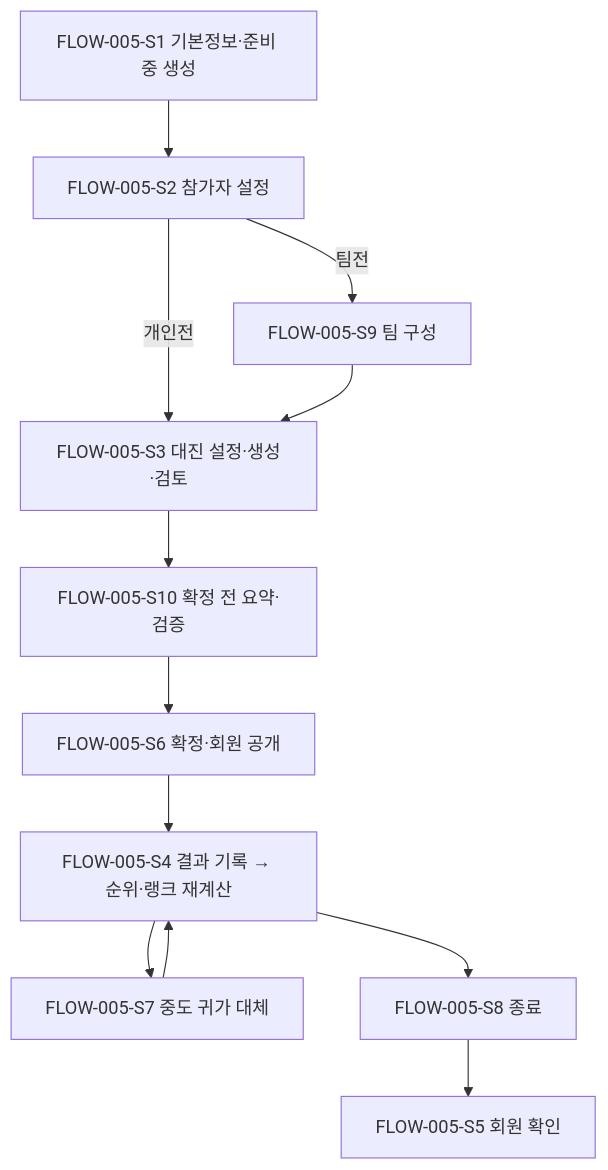
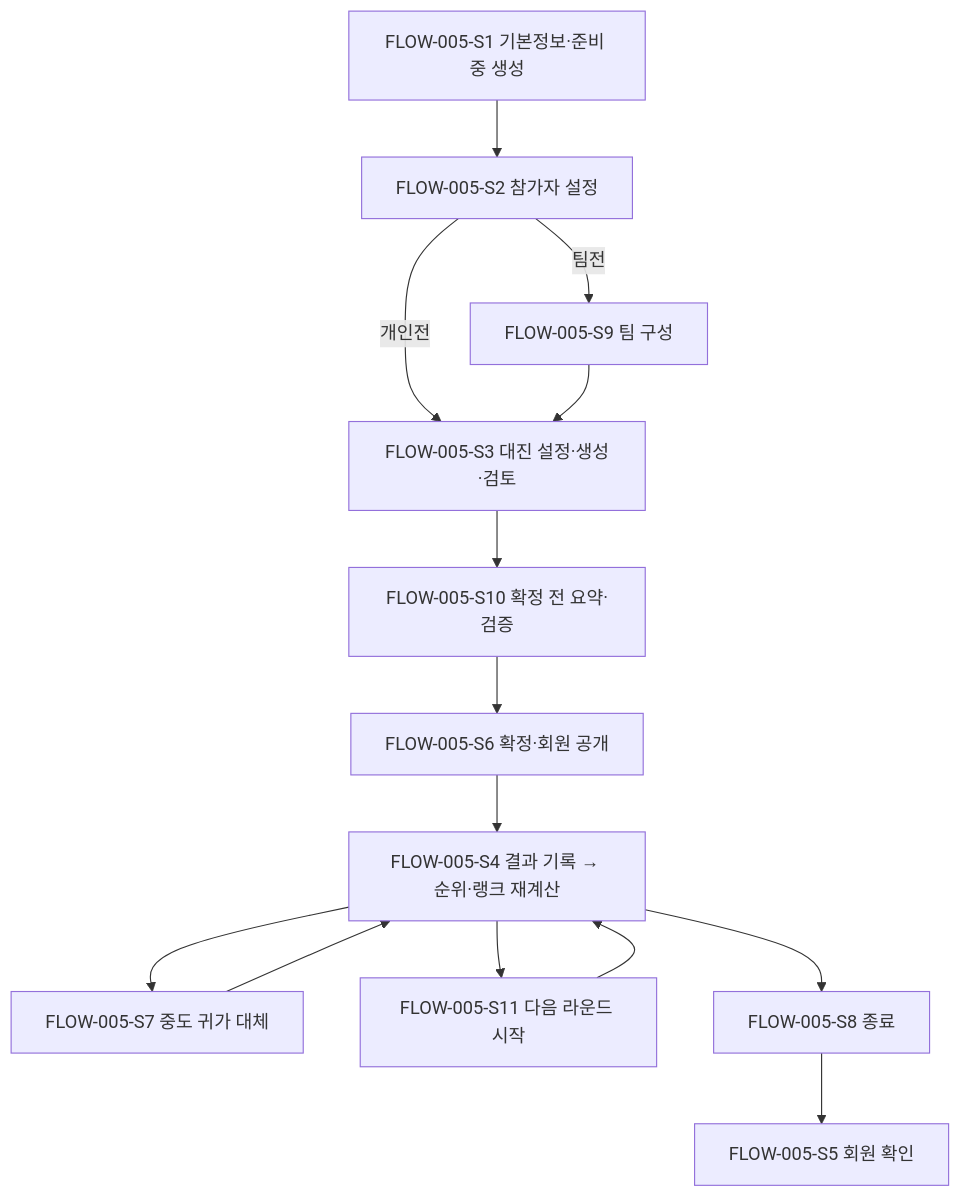
The fifth of 8 diagrams in docs/planning/04-user-flows.md (hoik-ryu/badminton-playbook), drawn with Mermaid before and after one commit. The commit also changed other lines of this file and 7 other files, not shown here.

````diff
--- a/docs/planning/04-user-flows.md
+++ b/docs/planning/04-user-flows.md
@@ -220,14 +242,16 @@
 ```mermaid
 flowchart TD
   S1[FLOW-005-S1 기본정보·준비 중 생성] --> S2[FLOW-005-S2 참가자 설정]
   S2 -->|팀전| S9[FLOW-005-S9 팀 구성]
   S2 -->|개인전| S3[FLOW-005-S3 대진 설정·생성·검토]
   S9 --> S3
   S3 --> S10[FLOW-005-S10 확정 전 요약·검증]
   S10 --> S6[FLOW-005-S6 확정·회원 공개]
   S6 --> S4[FLOW-005-S4 결과 기록 → 순위·랭크 재계산]
   S4 --> S7[FLOW-005-S7 중도 귀가 대체]
   S7 --> S4
+  S4 --> S11[FLOW-005-S11 다음 라운드 시작]
+  S11 --> S4
   S4 --> S8[FLOW-005-S8 종료]
   S8 --> S5[FLOW-005-S5 회원 확인]
 ```
````
